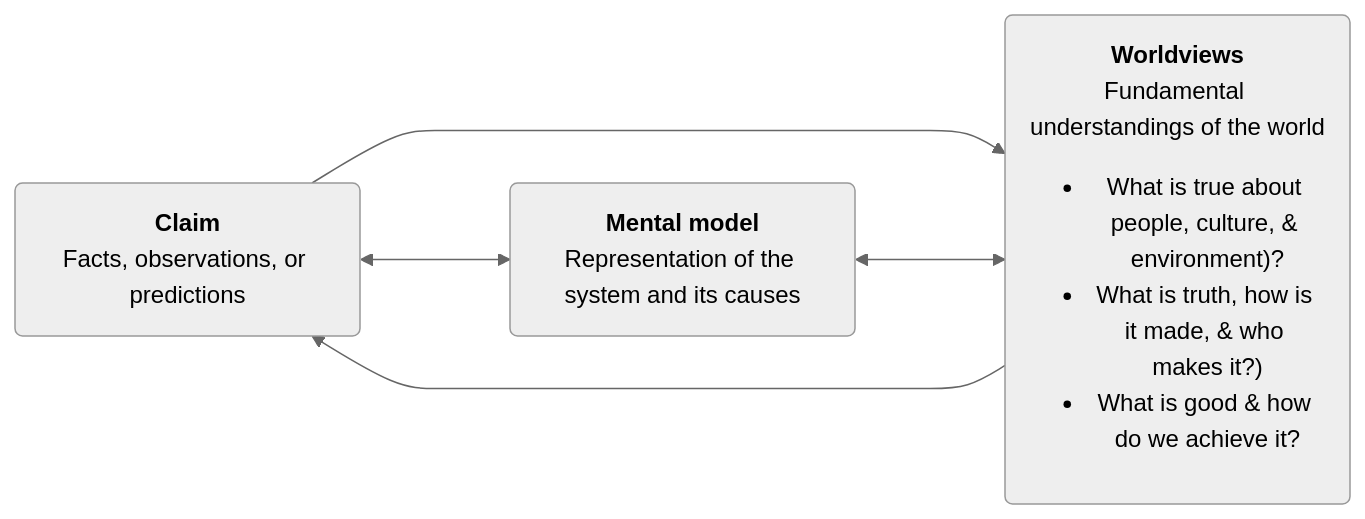
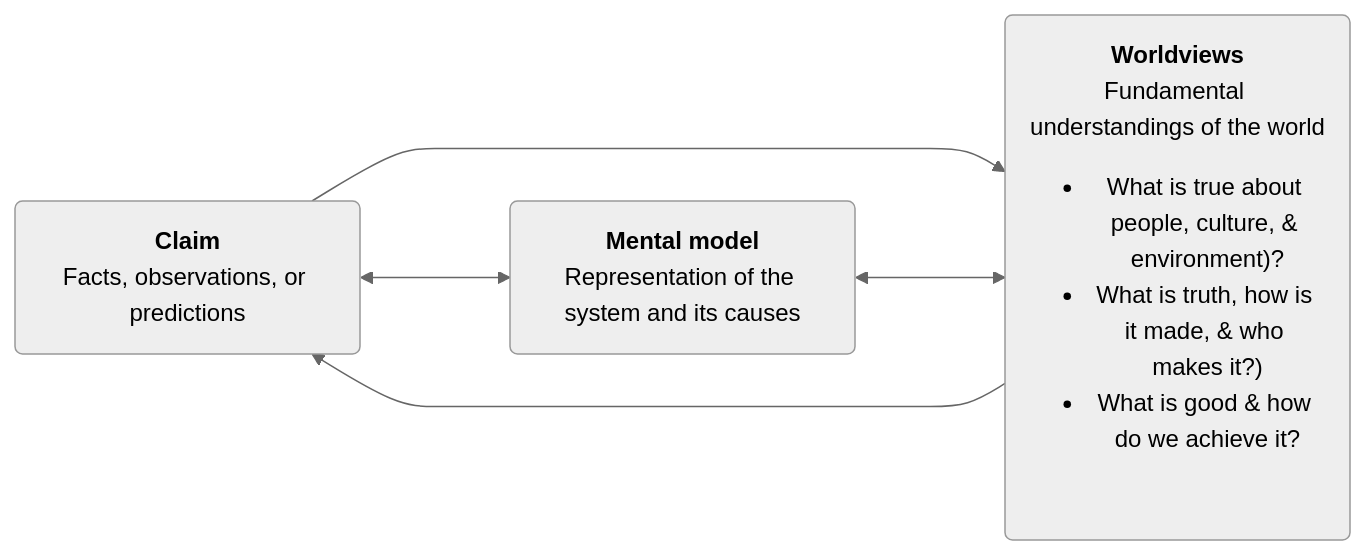
The sixth of 8 diagrams in workshop.qmd (matt-lab/2023-05-26_rejection-of-science), drawn with Mermaid (neutral theme) before and after one commit. The commit also changed other lines of this file and 2 other files, not shown here.

````diff
--- a/workshop.qmd
+++ b/workshop.qmd
@@ -440,10 +415,10 @@
 ```{mermaid}
 %%| mermaid-format: svg
 %%| fig-width: 1900px
 flowchart LR
   A(<p><b>Claim</b>\nFacts, observations, or predictions</p>)
   B(<p><b>Mental model</b>\nRepresentation of the system and its causes</p>)
-  C("<p><b>Worldviews</b>\nFundamental understandings of the world<ul><li>What is true about people, culture, & environment)?</li><li>What is truth, how is it made, & who makes it?)</li><li>What is good & how do we achieve it?</li></ul></p>")
+  C("<p><b>Worldviews</b>\nFundamental understandings of the world<ul><li>What is true about people, culture, & environment)?</li><li>What is truth, how is it made, & who makes it?)</li><li>What is good & how do we achieve it?</li><br/></ul></p>")
   C ---> A ---> C
   A <---> B <---> C
 ```
````
